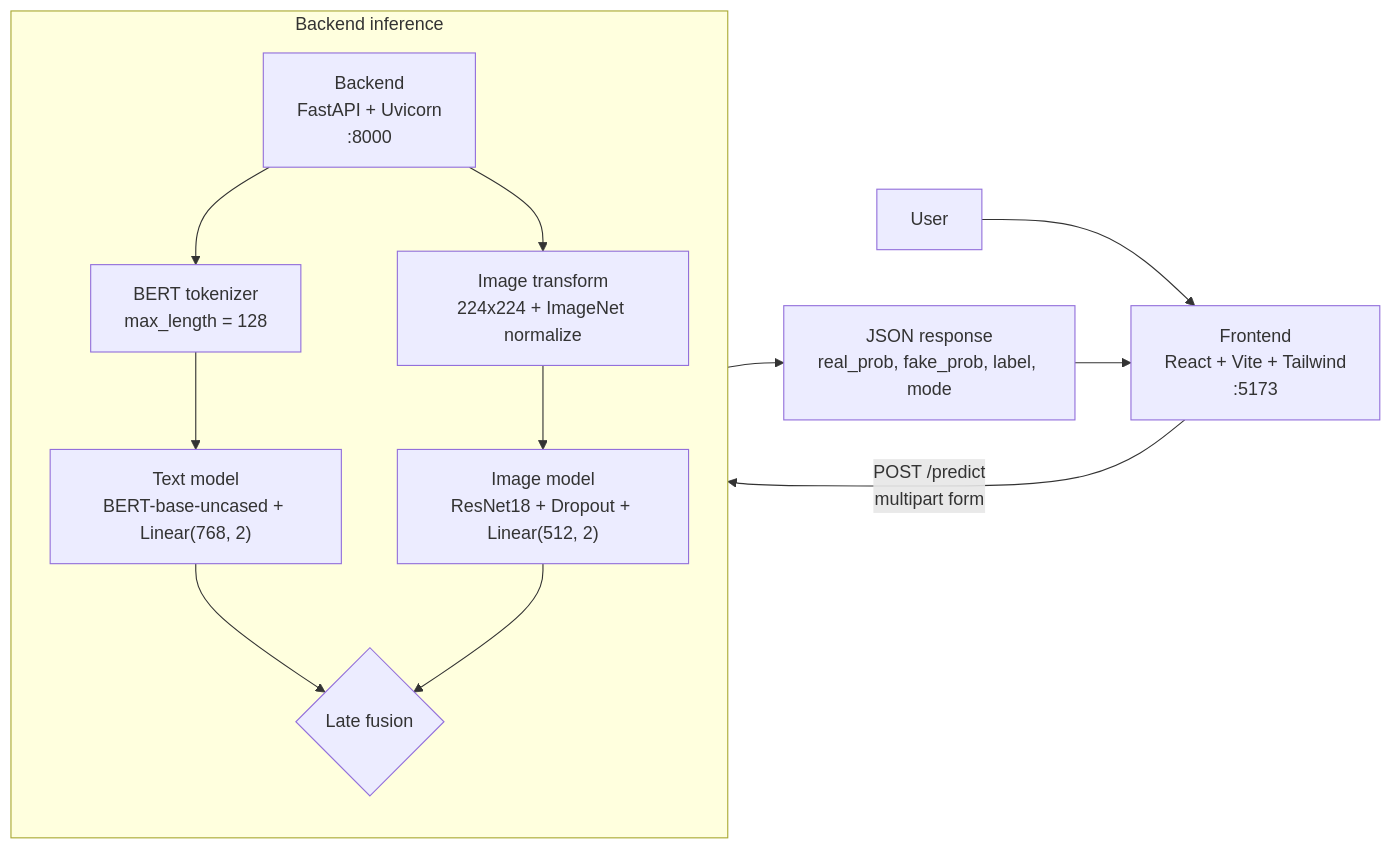
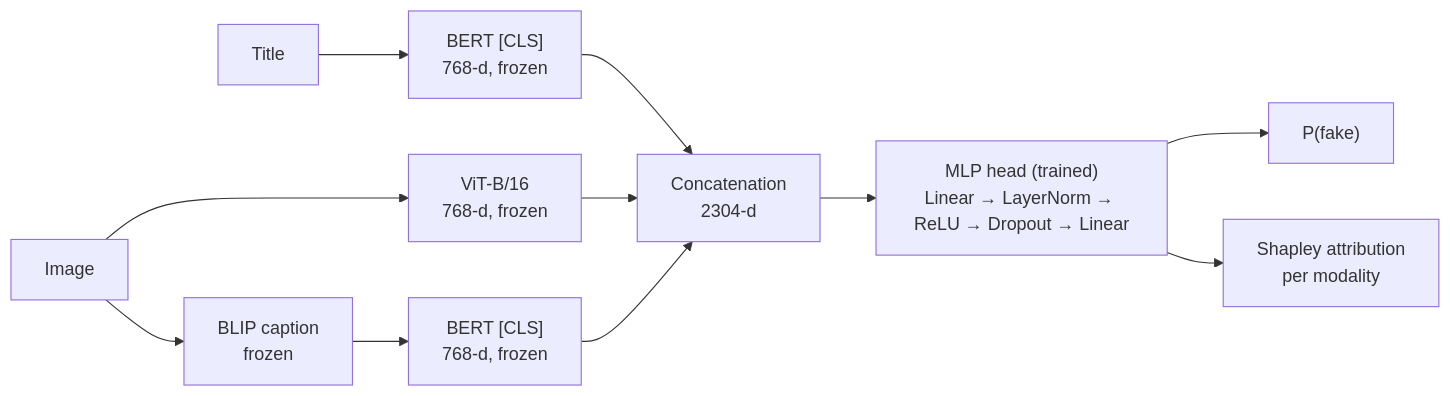
The first of 2 diagrams in README.md (funnymrmagyar/FakeNewsDetection), drawn with Mermaid before and after one commit. The commit also changed other lines of this file and 18 other files, not shown here.

````diff
--- a/README.md
+++ b/README.md
@@ -45,18 +99,13 @@
 ```mermaid
 flowchart LR
-    U[User] --> FE["Frontend<br/>React + Vite + Tailwind<br/>:5173"]
-    FE -- "POST /predict<br/>multipart form" --> API["Backend<br/>FastAPI + Uvicorn<br/>:8000"]
-
-    subgraph BE[Backend inference]
-        direction TB
-        API --> TOK["BERT tokenizer<br/>max_length = 128"]
-        API --> IMG["Image transform<br/>224x224 + ImageNet normalize"]
-        TOK --> TM["Text model<br/>BERT-base-uncased + Linear(768, 2)"]
-        IMG --> IM["Image model<br/>ResNet18 + Dropout + Linear(512, 2)"]
-        TM --> F{"Late fusion"}
-        IM --> F
-    end
-
-    F --> R["JSON response<br/>real_prob, fake_prob, label, mode"]
-    R --> FE
+    T["Title"] --> BERT["BERT [CLS]<br/>768-d, frozen"]
+    I["Image"] --> VIT["ViT-B/16<br/>768-d, frozen"]
+    I --> BLIP["BLIP caption<br/>frozen"]
+    BLIP --> BERT2["BERT [CLS]<br/>768-d, frozen"]
+    BERT --> C["Concatenation<br/>2304-d"]
+    VIT --> C
+    BERT2 --> C
+    C --> H["MLP head (trained)<br/>Linear → LayerNorm → ReLU → Dropout → Linear"]
+    H --> P["P(fake)"]
+    H --> S["Shapley attribution<br/>per modality"]
 ```
````
